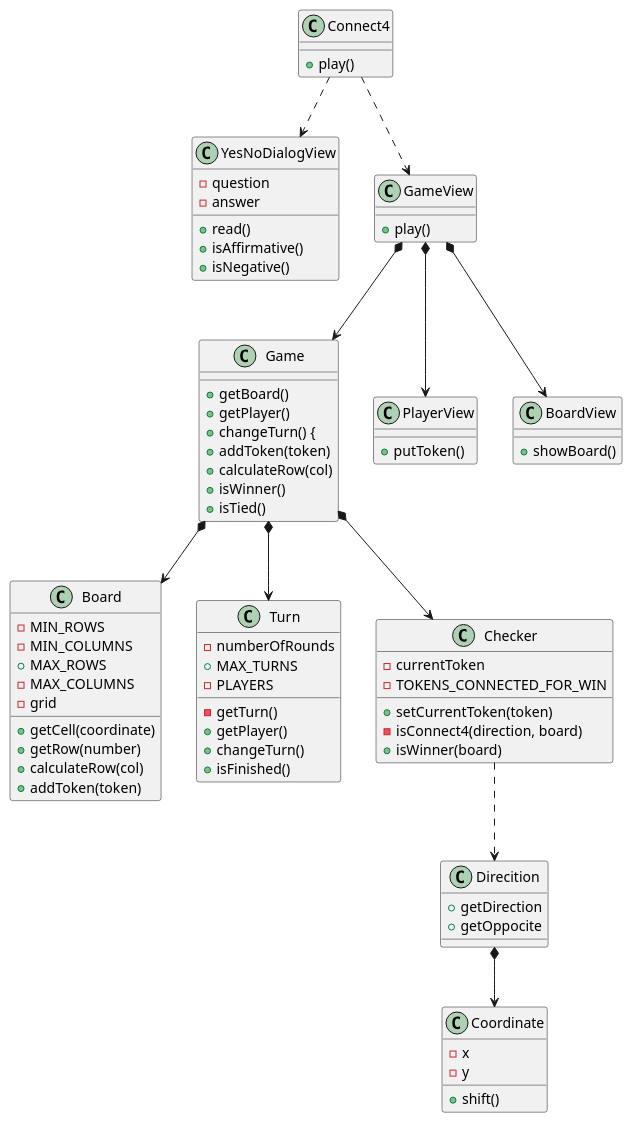
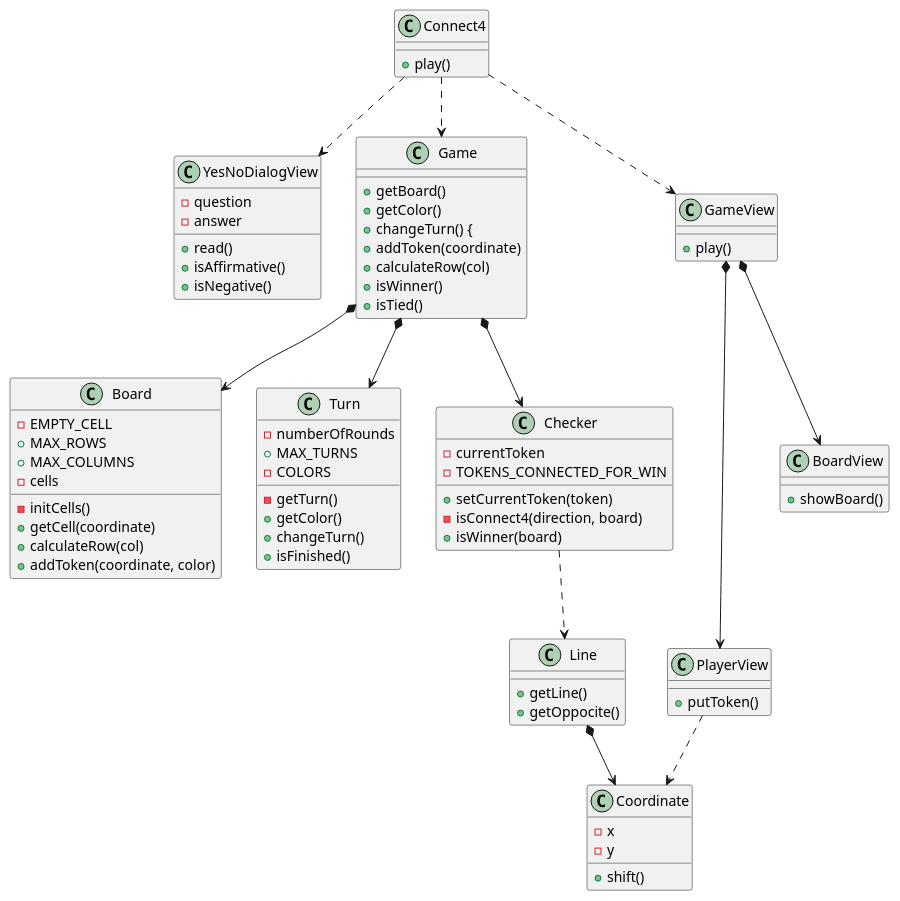
Before and after one commit to Edmundo-Ogaz/connect4: the diagram in con-vistas-separadas/v3/diagramClass.plantuml, drawn with PlantUML. The commit also changed 1 other file, not shown here.

```diff
--- a/con-vistas-separadas/v3/diagramClass.plantuml
+++ b/con-vistas-separadas/v3/diagramClass.plantuml
@@ -1,65 +1,65 @@
 @startuml
 Connect4 ..> YesNoDialogView
+Connect4 ..> Game
 Connect4 ..> GameView
 Connect4 : + play()
 
 YesNoDialogView : - question
 YesNoDialogView : - answer
 YesNoDialogView : + read()
 YesNoDialogView : + isAffirmative()
 YesNoDialogView : + isNegative()
 
 GameView : + play()
-GameView *--> Game
 GameView *--> PlayerView
 GameView *--> BoardView
 
 PlayerView : + putToken()
+PlayerView ..> Coordinate
 
 BoardView : + showBoard()
 
 Game *--> Board
 Game *--> Turn
 Game *--> Checker
 Game : + getBoard()
-Game : + getPlayer()
+Game : + getColor()
 Game : + changeTurn() {
-Game : + addToken(token)
+Game : + addToken(coordinate)
 Game : + calculateRow(col)
 Game : + isWinner()
 Game : + isTied()
 
-Board : - MIN_ROWS
-Board : - MIN_COLUMNS
+Board : - EMPTY_CELL
 Board : + MAX_ROWS
-Board : - MAX_COLUMNS
-Board : - grid    
+Board : + MAX_COLUMNS
+Board : - cells 
+Board : - initCells()   
 Board : + getCell(coordinate)
-Board : + getRow(number)
 Board : + calculateRow(col)
-Board : + addToken(token)
+Board : + addToken(coordinate, color)
 
 Turn : - numberOfRounds
 Turn : + MAX_TURNS
-Turn : - PLAYERS
+Turn : - COLORS
 Turn : - getTurn()
-Turn : + getPlayer()
+Turn : + getColor()
 Turn : + changeTurn()
 Turn : + isFinished()
 
 Checker : - currentToken
 Checker : - TOKENS_CONNECTED_FOR_WIN
 Checker : + setCurrentToken(token)
 Checker : - isConnect4(direction, board)
 Checker : + isWinner(board)
-Checker ..> Direcition
+Checker ..> Line
 
-Direcition *--> Coordinate
-Direcition : + getDirection
-Direcition : + getOppocite
+Line *--> Coordinate
+Line : + getLine()
+Line : + getOppocite()
 
 Coordinate : - x
 Coordinate : - y
 Coordinate : + shift()
 
 @enduml
```
